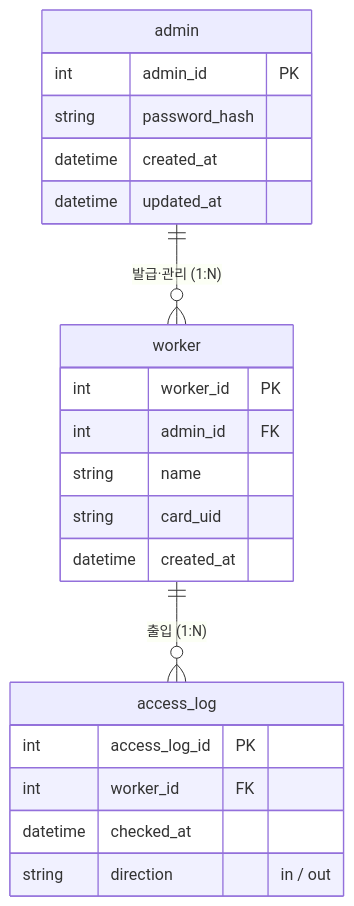
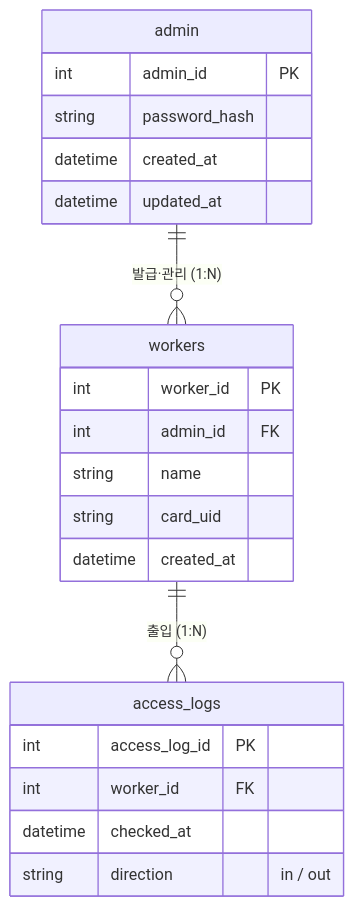
The diagram in docs/er-diagram.md (woolimi/soy-factory), drawn with Mermaid before and after one commit. The commit also changed other lines of this file and 5 other files, not shown here.

````diff
--- a/docs/er-diagram.md
+++ b/docs/er-diagram.md
@@ -8,27 +8,27 @@
 ```mermaid
 erDiagram
     admin {
         int admin_id PK
         string password_hash
         datetime created_at
         datetime updated_at
     }
 
-    worker {
+    workers {
         int worker_id PK
         int admin_id FK
         string name
         string card_uid
         datetime created_at
     }
 
-    access_log {
+    access_logs {
         int access_log_id PK
         int worker_id FK
         datetime checked_at
         string direction "in / out"
     }
 
-    admin ||--o{ worker : "발급·관리 (1:N)"
-    worker ||--o{ access_log : "출입 (1:N)"
+    admin ||--o{ workers : "발급·관리 (1:N)"
+    workers ||--o{ access_logs : "출입 (1:N)"
 ```
````
